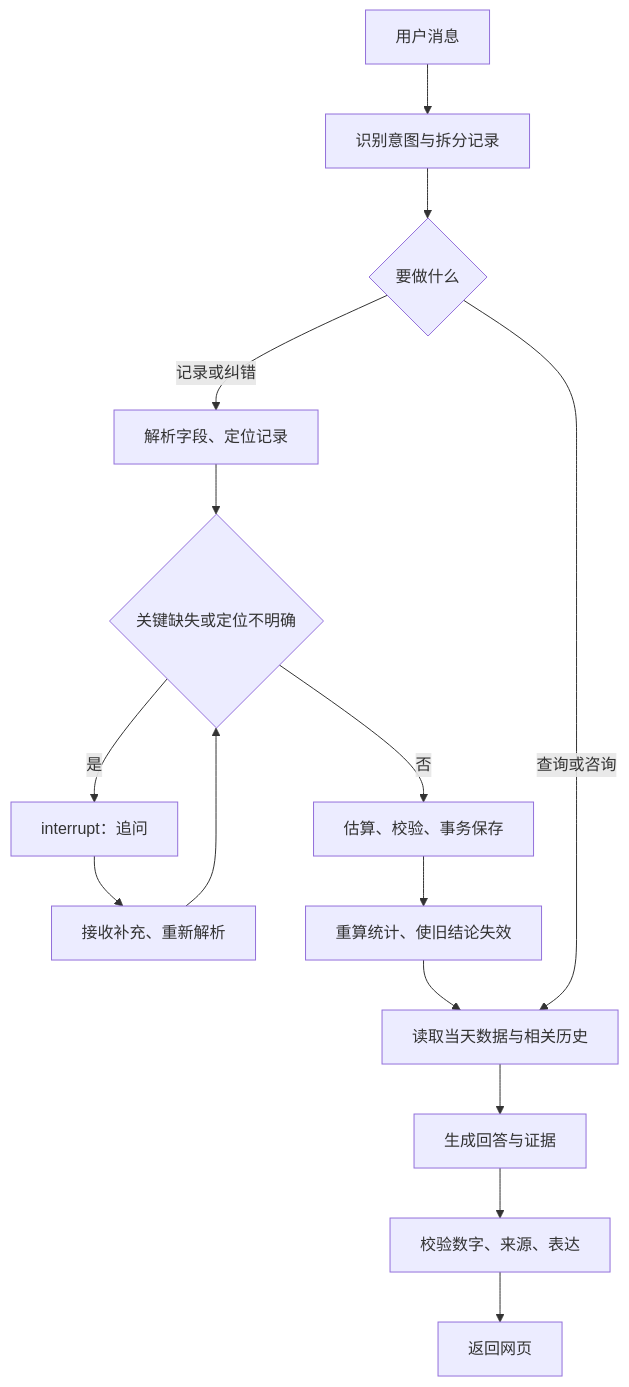
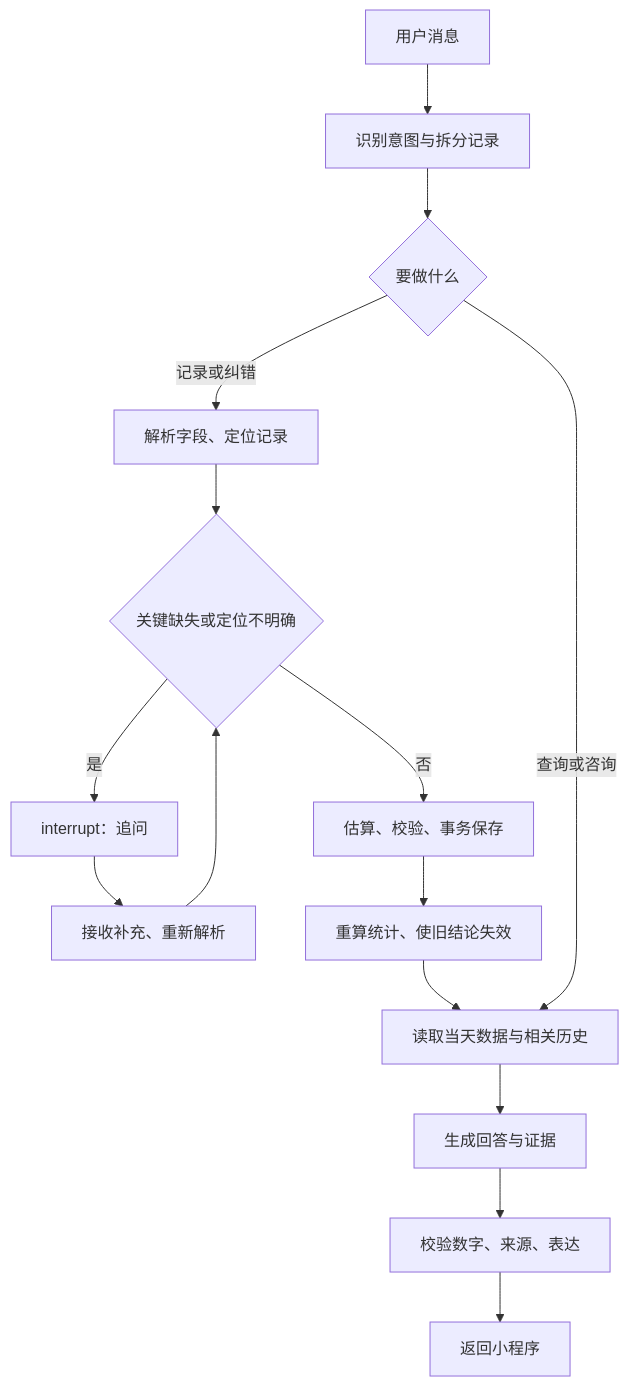
The second of 4 diagrams in docs/开发文档.md (wxjgit/health-management), drawn with Mermaid before and after one commit. The commit also changed other lines of this file and 64 other files, not shown here.

````diff
--- a/docs/开发文档.md
+++ b/docs/开发文档.md
@@ -155,17 +157,17 @@
 ```mermaid
 flowchart TD
     A[用户消息] --> B[识别意图与拆分记录]
     B --> C{要做什么}
     C -->|记录或纠错| D[解析字段、定位记录]
     D --> E{关键缺失或定位不明确}
     E -->|是| F[interrupt：追问]
     F --> G[接收补充、重新解析]
     G --> E
     E -->|否| H[估算、校验、事务保存]
     H --> I[重算统计、使旧结论失效]
     I --> J[读取当天数据与相关历史]
     C -->|查询或咨询| J
     J --> K[生成回答与证据]
     K --> L[校验数字、来源、表达]
-    L --> M[返回网页]
+    L --> M[返回小程序]
 ```
````
